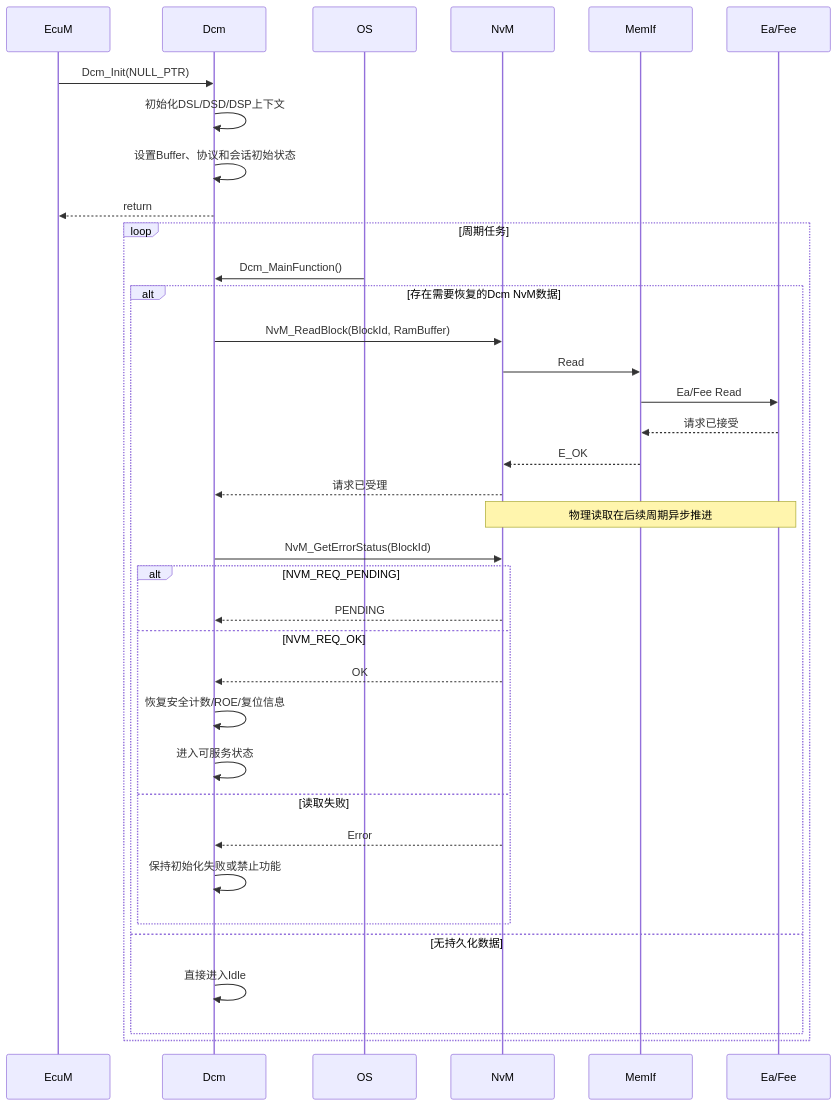
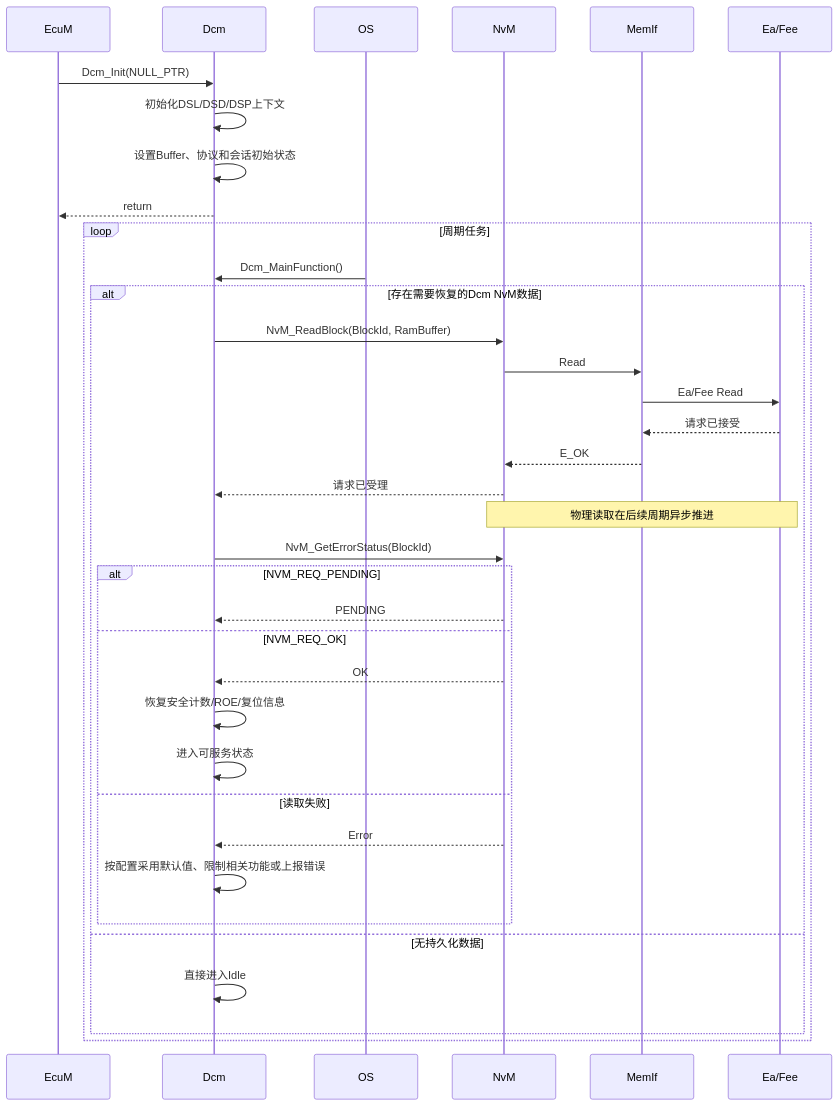
The second of 4 diagrams in content/autosar/classic/Dcm.md (leehyon/garden), drawn with Mermaid before and after one commit. The commit also changed other lines of this file and 76 other files, not shown here.

````diff
--- a/content/autosar/classic/Dcm.md
+++ b/content/autosar/classic/Dcm.md
@@ -81,43 +111,43 @@
 ```mermaid
 sequenceDiagram
     participant EcuM
     participant Dcm
     participant OS
     participant NvM
     participant MemIf
     participant EaFee as Ea/Fee
 
     EcuM->>Dcm: Dcm_Init(NULL_PTR)
     Dcm->>Dcm: 初始化DSL/DSD/DSP上下文
     Dcm->>Dcm: 设置Buffer、协议和会话初始状态
     Dcm-->>EcuM: return
 
     loop 周期任务
         OS->>Dcm: Dcm_MainFunction()
 
         alt 存在需要恢复的Dcm NvM数据
             Dcm->>NvM: NvM_ReadBlock(BlockId, RamBuffer)
             NvM->>MemIf: Read
             MemIf->>EaFee: Ea/Fee Read
             EaFee-->>MemIf: 请求已接受
             MemIf-->>NvM: E_OK
             NvM-->>Dcm: 请求已受理
 
             Note over NvM,EaFee: 物理读取在后续周期异步推进
 
             Dcm->>NvM: NvM_GetErrorStatus(BlockId)
             alt NVM_REQ_PENDING
                 NvM-->>Dcm: PENDING
             else NVM_REQ_OK
                 NvM-->>Dcm: OK
                 Dcm->>Dcm: 恢复安全计数/ROE/复位信息
                 Dcm->>Dcm: 进入可服务状态
             else 读取失败
                 NvM-->>Dcm: Error
-                Dcm->>Dcm: 保持初始化失败或禁止功能
+                Dcm->>Dcm: 按配置采用默认值、限制相关功能或上报错误
             end
         else 无持久化数据
             Dcm->>Dcm: 直接进入Idle
         end
     end
 ```
````
